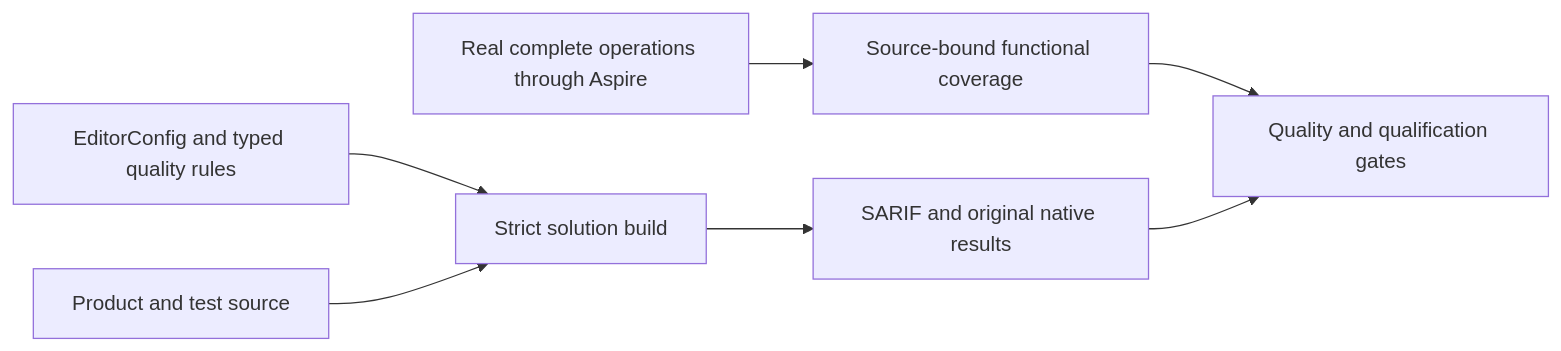
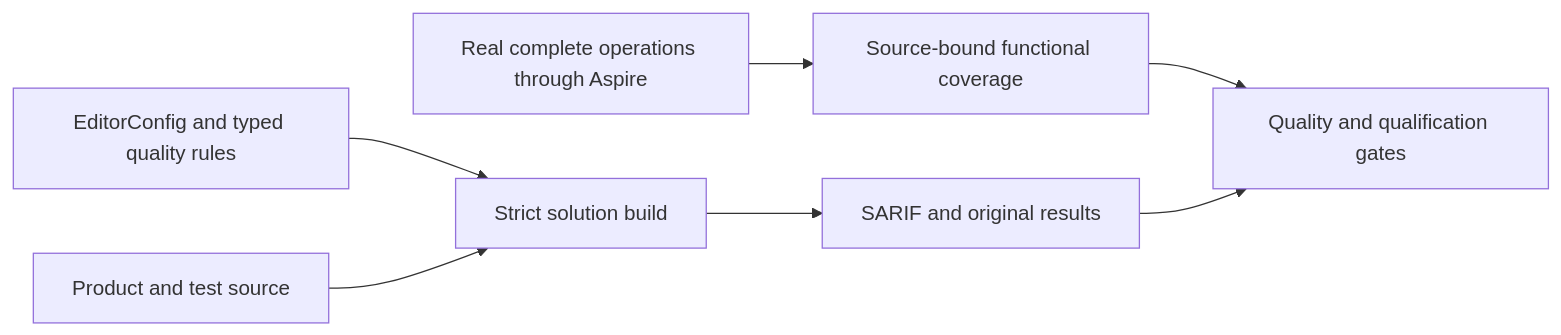
The diagram in docs/ADR/ADR-033-code-quality.md (managedcode/KeyLoad), drawn with Mermaid before and after one commit. The commit also changed other lines of this file and 9016 other files, not shown here.

````diff
--- a/docs/ADR/ADR-033-code-quality.md
+++ b/docs/ADR/ADR-033-code-quality.md
@@ -32,9 +32,9 @@
 ```mermaid
 flowchart LR
     Policy[EditorConfig and typed quality rules] --> Build[Strict solution build]
     Source[Product and test source] --> Build
-    Build --> Reports[SARIF and original native results]
+    Build --> Reports[SARIF and original results]
     Operations[Real complete operations through Aspire] --> Coverage[Source-bound functional coverage]
     Coverage --> Gates[Quality and qualification gates]
     Reports --> Gates
 ```
````
